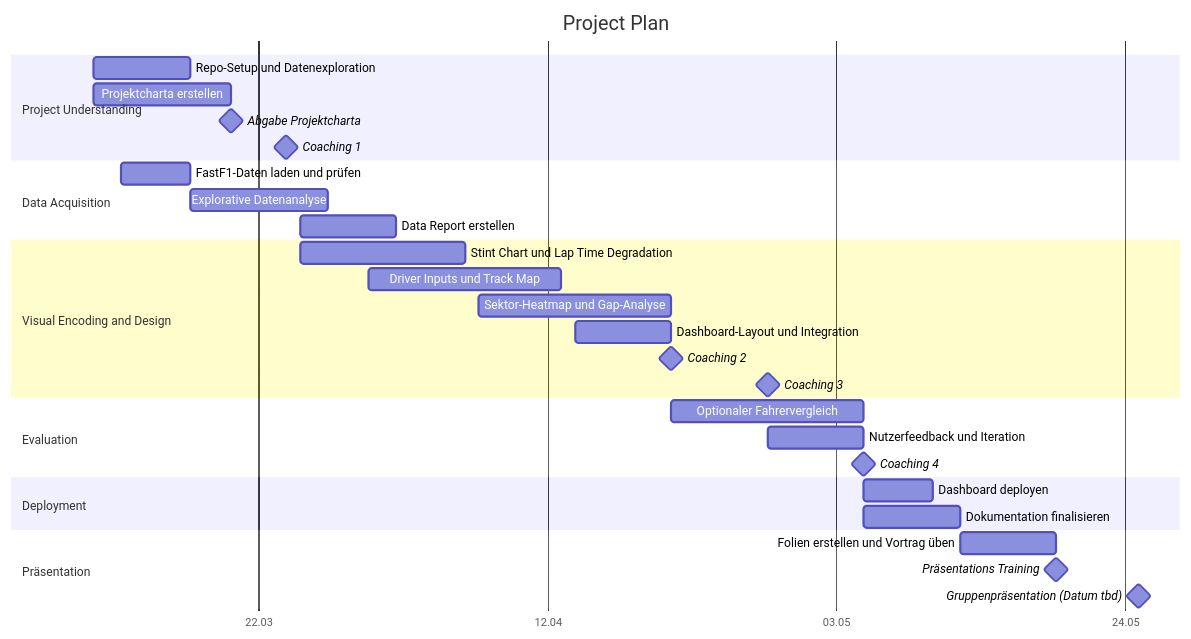
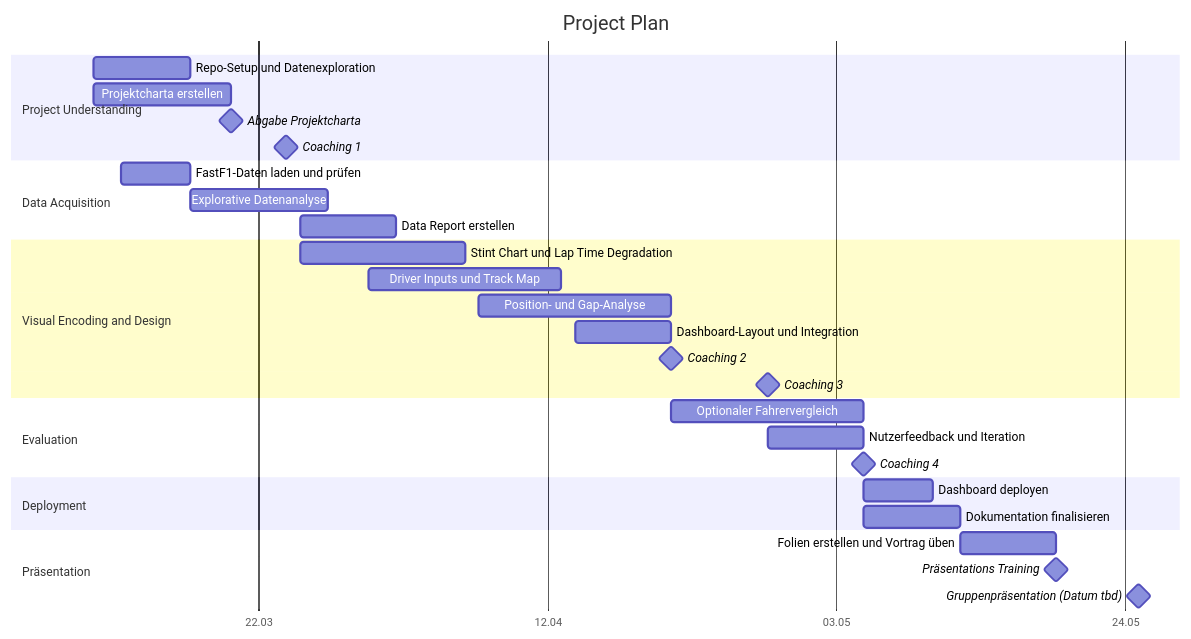
One commit to vdss-fs26-ds24t/ds24t-3-fancyproject changed the second of 2 diagrams in docs/project_charta.qmd. Above: the diagram before and after it, drawn with Mermaid. The commit also changed other lines of this file and 14 other files, not shown here.

````diff
--- a/docs/project_charta.qmd
+++ b/docs/project_charta.qmd
@@ -306,41 +298,41 @@
 ```{mermaid}
 %%| label: fig-project-plan
 %%| fig-cap: Preliminary project plan.
 gantt
     title Project Plan
     dateFormat YYYY-MM-DD
     axisFormat %d.%m
     tickInterval 3week
     section Project Understanding
         Repo-Setup und Datenexploration           :a1, 2026-03-10, 7d
         Projektcharta erstellen                   :a2, 2026-03-10, 10d
         Abgabe Projektcharta                      :milestone, m1, 2026-03-20, 0d
         Coaching 1                                :milestone, m2, 2026-03-24, 0d
 
     section Data Acquisition
         FastF1-Daten laden und prüfen             :a3, 2026-03-12, 5d
         Explorative Datenanalyse                  :a4, 2026-03-17, 10d
         Data Report erstellen                     :a5, 2026-03-25, 7d
 
     section Visual Encoding and Design
         Stint Chart und Lap Time Degradation       :a6, 2026-03-25, 12d
         Driver Inputs und Track Map                :a7, 2026-03-30, 14d
-        Sektor-Heatmap und Gap-Analyse             :a8, 2026-04-07, 14d
+        Position- und Gap-Analyse                  :a8, 2026-04-07, 14d
         Dashboard-Layout und Integration           :a9, 2026-04-14, 7d
         Coaching 2                                 :milestone, m3, 2026-04-21, 0d
         Coaching 3                                 :milestone, m4, 2026-04-28, 0d
 
     section Evaluation
         Optionaler Fahrervergleich                 :a10, 2026-04-21, 14d
         Nutzerfeedback und Iteration               :a11, 2026-04-28, 7d
         Coaching 4                                 :milestone, m5, 2026-05-05, 0d
 
     section Deployment
         Dashboard deployen                         :a12, 2026-05-05, 5d
         Dokumentation finalisieren                 :a13, 2026-05-05, 7d
 
     section Präsentation
         Folien erstellen und Vortrag üben          :a14, 2026-05-12, 7d
         Präsentations Training                      :milestone, m6, 2026-05-19, 0d
         Gruppenpräsentation (Datum tbd)            :milestone, m7, 2026-05-25, 0d
 ```
````
